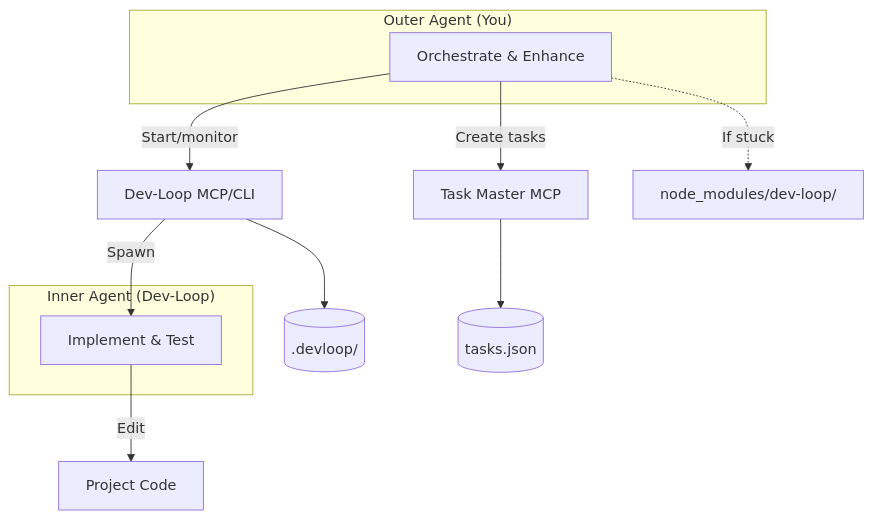
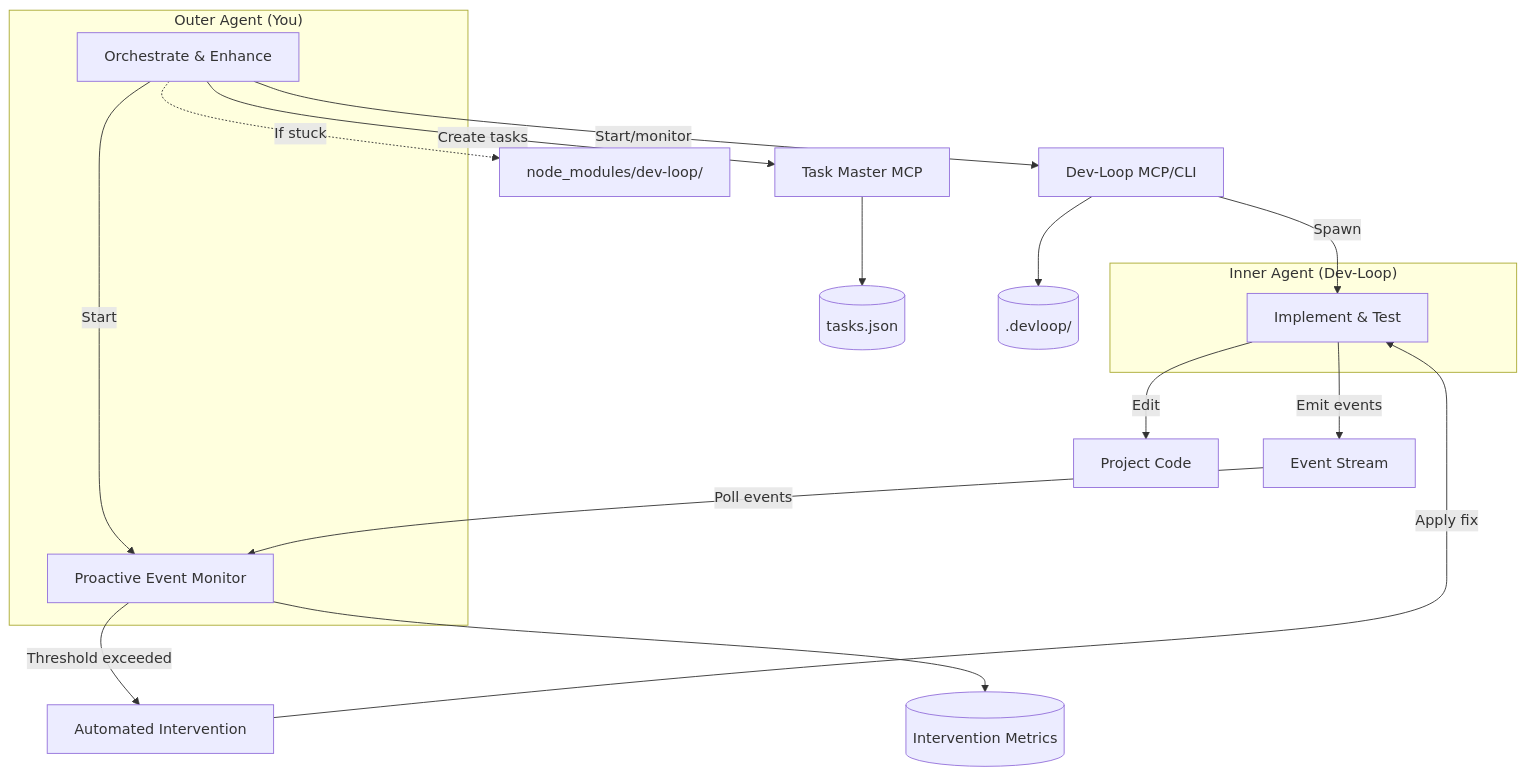
Before and after one commit to jienckebd/dev-loop: the diagram in docs/contributing/CONTRIBUTION_MODE.md, drawn with Mermaid. The commit also changed other lines of this file and 8 other files, not shown here.

````diff
--- a/docs/contributing/CONTRIBUTION_MODE.md
+++ b/docs/contributing/CONTRIBUTION_MODE.md
@@ -28,18 +28,25 @@
 ```mermaid
 flowchart TB
     subgraph outer["Outer Agent (You)"]
         Orchestrate[Orchestrate & Enhance]
+        Monitor[Proactive Event Monitor]
     end
     subgraph inner["Inner Agent (Dev-Loop)"]
         Implement[Implement & Test]
     end
 
     Orchestrate -->|"Start/monitor"| DL[Dev-Loop MCP/CLI]
     Orchestrate -->|"Create tasks"| TM[Task Master MCP]
+    Orchestrate -->|"Start"| Monitor
     DL -->|"Spawn"| Implement
     Implement -->|"Edit"| Code[Project Code]
+    Implement -->|"Emit events"| Events[Event Stream]
+    Events -->|"Poll events"| Monitor
+    Monitor -->|"Threshold exceeded"| Intervene[Automated Intervention]
+    Intervene -->|"Apply fix"| Implement
     Orchestrate -.->|"If stuck"| DevLoopSrc[node_modules/dev-loop/]
 
     TM --> Tasks[(tasks.json)]
     DL --> State[(.devloop/)]
+    Monitor --> Metrics[(Intervention Metrics)]
 ```
````
